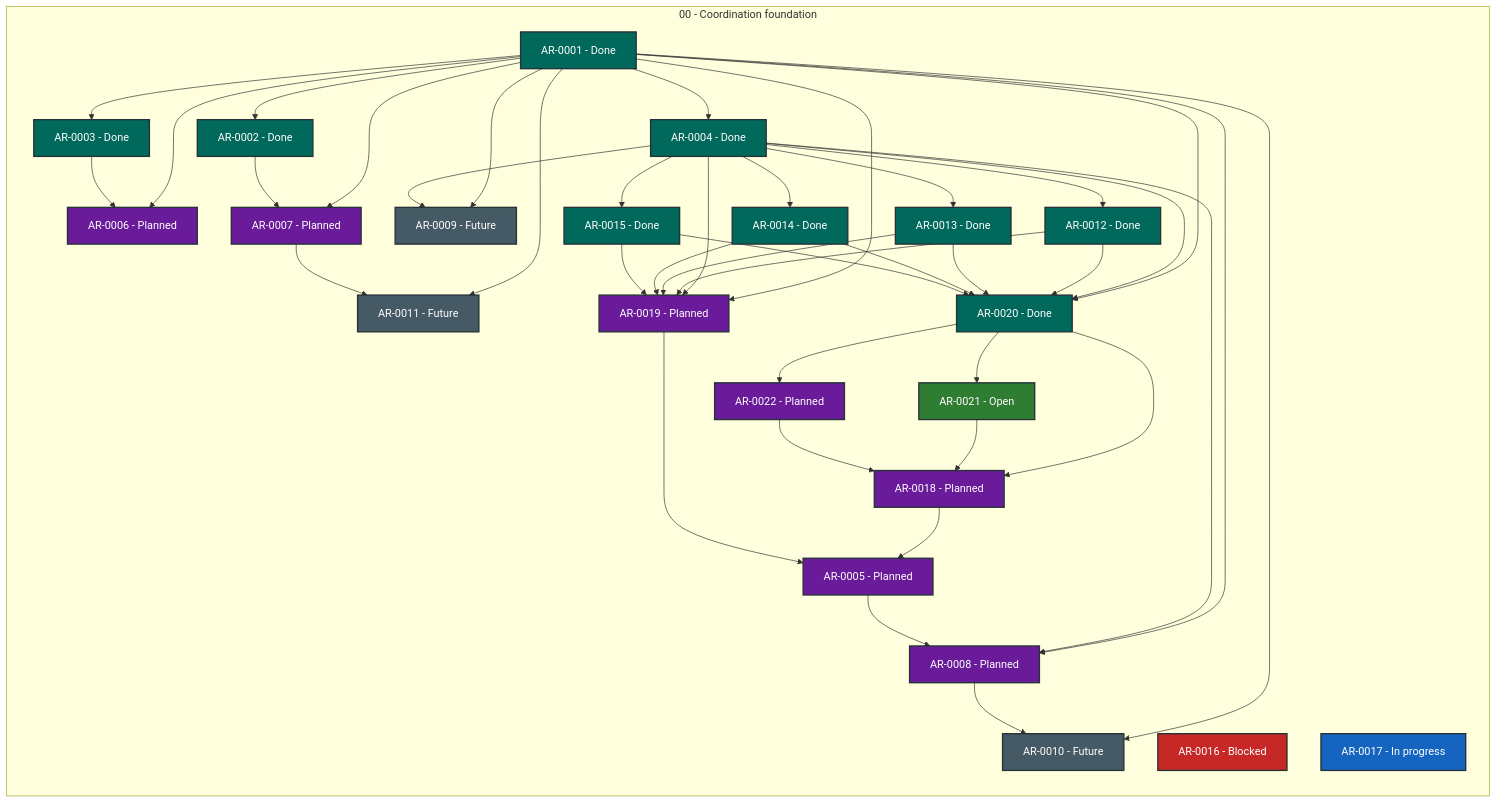
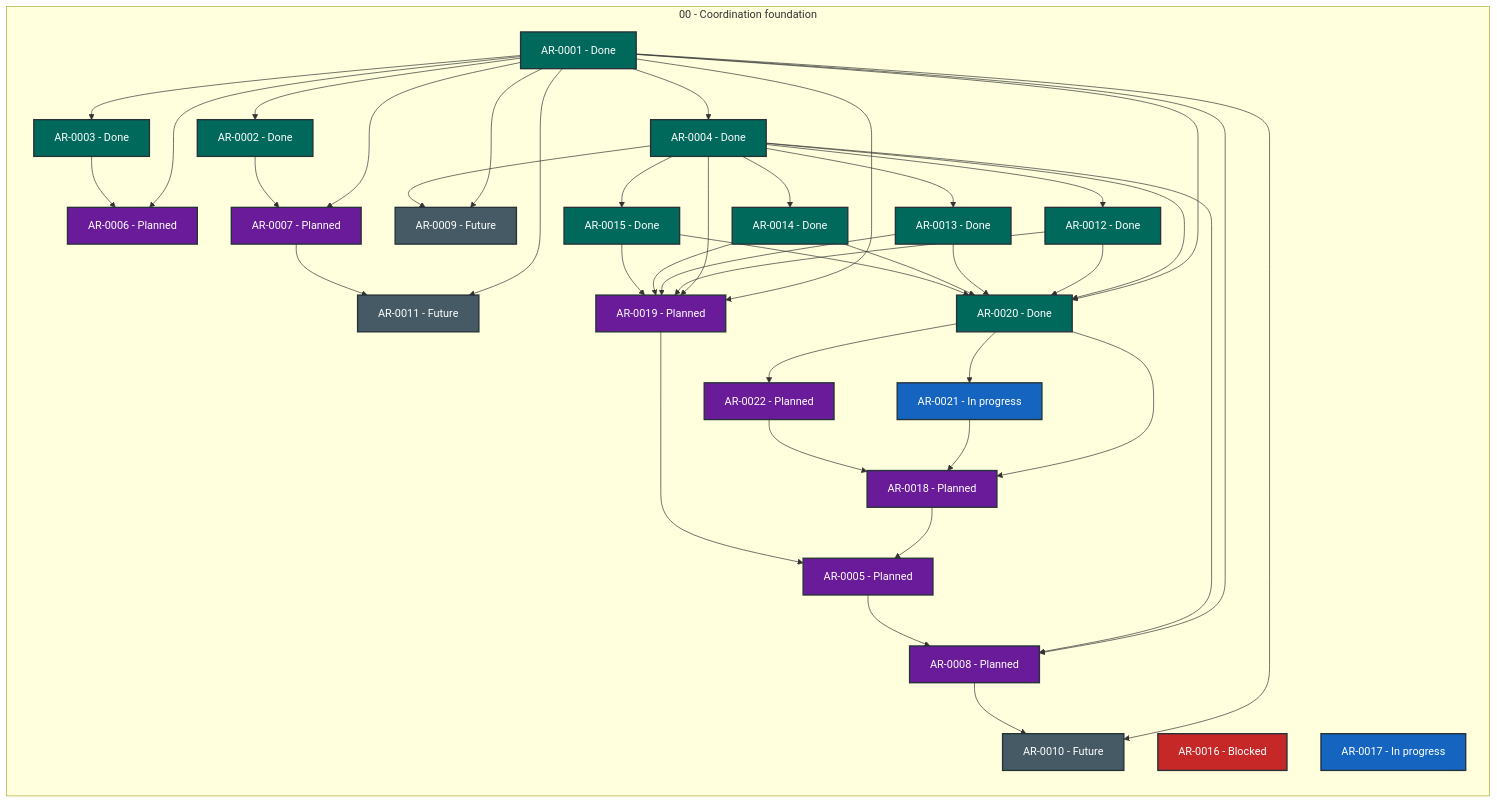
Before and after one commit to martin-beck/agent-workflow-quality-state: the diagram in STATUS.md, drawn with Mermaid. The commit also changed other lines of this file and 2 other files, not shown here.

````diff
--- a/STATUS.md
+++ b/STATUS.md
@@ -27,75 +27,75 @@
 ```mermaid
 flowchart LR
     subgraph series_00["00 - Coordination foundation"]
         direction TB
         AR_0001["AR-0001 - Done"]:::status_done
         AR_0002["AR-0002 - Done"]:::status_done
         AR_0003["AR-0003 - Done"]:::status_done
         AR_0004["AR-0004 - Done"]:::status_done
         AR_0005["AR-0005 - Planned"]:::status_planned
         AR_0006["AR-0006 - Planned"]:::status_planned
         AR_0007["AR-0007 - Planned"]:::status_planned
         AR_0008["AR-0008 - Planned"]:::status_planned
         AR_0009["AR-0009 - Future"]:::status_future
         AR_0010["AR-0010 - Future"]:::status_future
         AR_0011["AR-0011 - Future"]:::status_future
         AR_0012["AR-0012 - Done"]:::status_done
         AR_0013["AR-0013 - Done"]:::status_done
         AR_0014["AR-0014 - Done"]:::status_done
         AR_0015["AR-0015 - Done"]:::status_done
         AR_0016["AR-0016 - Blocked"]:::status_blocked
         AR_0017["AR-0017 - In progress"]:::status_in_progress
         AR_0018["AR-0018 - Planned"]:::status_planned
         AR_0019["AR-0019 - Planned"]:::status_planned
         AR_0020["AR-0020 - Done"]:::status_done
-        AR_0021["AR-0021 - Open"]:::status_open
+        AR_0021["AR-0021 - In progress"]:::status_in_progress
         AR_0022["AR-0022 - Planned"]:::status_planned
     end
     AR_0001 --> AR_0002
     AR_0001 --> AR_0003
     AR_0001 --> AR_0004
     AR_0001 --> AR_0006
     AR_0001 --> AR_0007
     AR_0001 --> AR_0008
     AR_0001 --> AR_0009
     AR_0001 --> AR_0010
     AR_0001 --> AR_0011
     AR_0001 --> AR_0019
     AR_0001 --> AR_0020
     AR_0002 --> AR_0007
     AR_0003 --> AR_0006
     AR_0004 --> AR_0008
     AR_0004 --> AR_0009
     AR_0004 --> AR_0012
     AR_0004 --> AR_0013
     AR_0004 --> AR_0014
     AR_0004 --> AR_0015
     AR_0004 --> AR_0019
     AR_0004 --> AR_0020
     AR_0005 --> AR_0008
     AR_0007 --> AR_0011
     AR_0008 --> AR_0010
     AR_0012 --> AR_0019
     AR_0012 --> AR_0020
     AR_0013 --> AR_0019
     AR_0013 --> AR_0020
     AR_0014 --> AR_0019
     AR_0014 --> AR_0020
     AR_0015 --> AR_0019
     AR_0015 --> AR_0020
     AR_0018 --> AR_0005
     AR_0019 --> AR_0005
     AR_0020 --> AR_0018
     AR_0020 --> AR_0021
     AR_0020 --> AR_0022
     AR_0021 --> AR_0018
     AR_0022 --> AR_0018
     classDef status_in_progress fill:#1565c0,color:#ffffff,stroke:#263238,stroke-width:2px
     classDef status_open fill:#2e7d32,color:#ffffff,stroke:#263238,stroke-width:2px
     classDef status_blocked fill:#c62828,color:#ffffff,stroke:#263238,stroke-width:2px
     classDef status_planned fill:#6a1b9a,color:#ffffff,stroke:#263238,stroke-width:2px
     classDef status_future fill:#455a64,color:#ffffff,stroke:#263238,stroke-width:2px
     classDef status_done fill:#00695c,color:#ffffff,stroke:#263238,stroke-width:2px
     classDef status_cancelled fill:#616161,color:#ffffff,stroke:#263238,stroke-width:2px
     classDef status_superseded fill:#5d4037,color:#ffffff,stroke:#263238,stroke-width:2px
 ```
````
